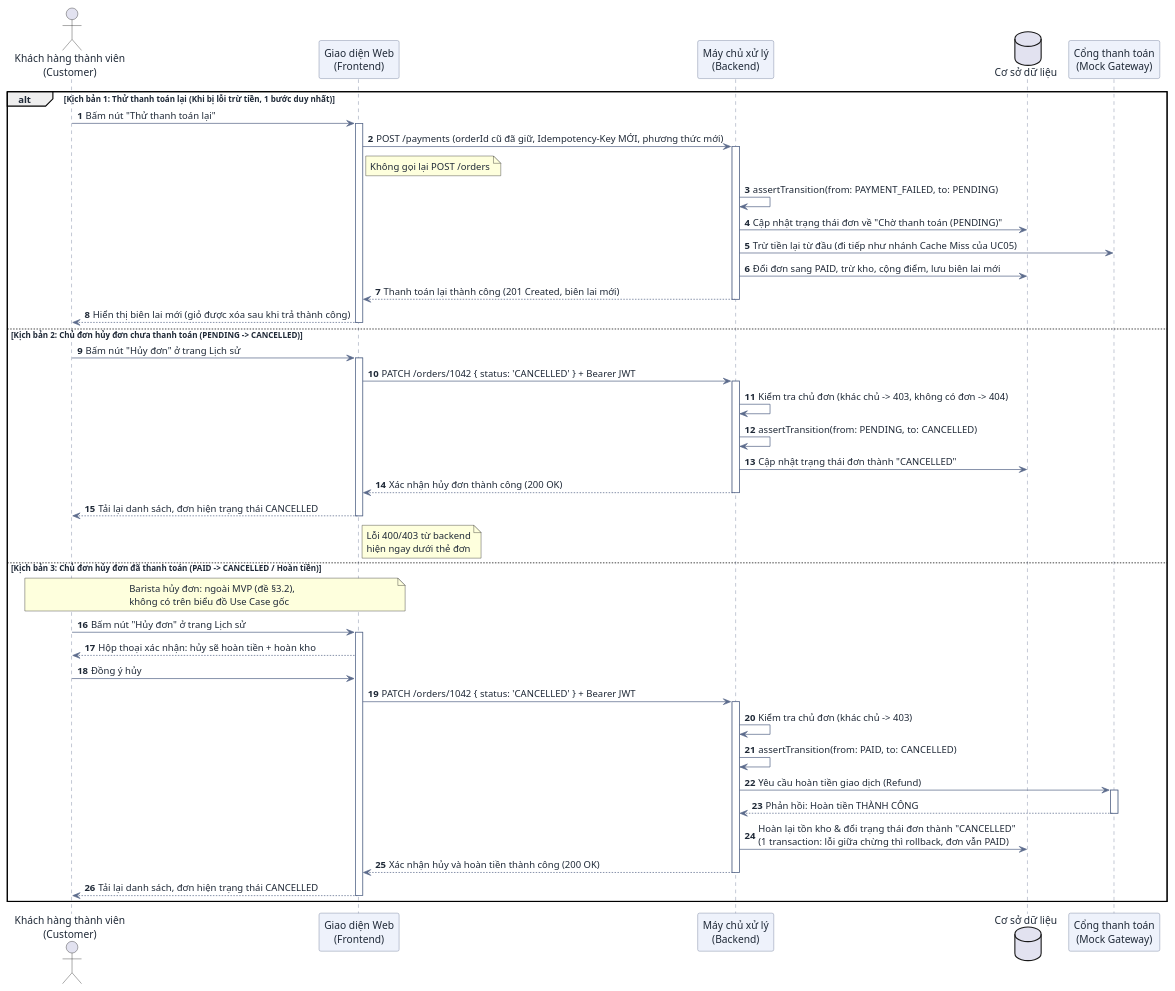
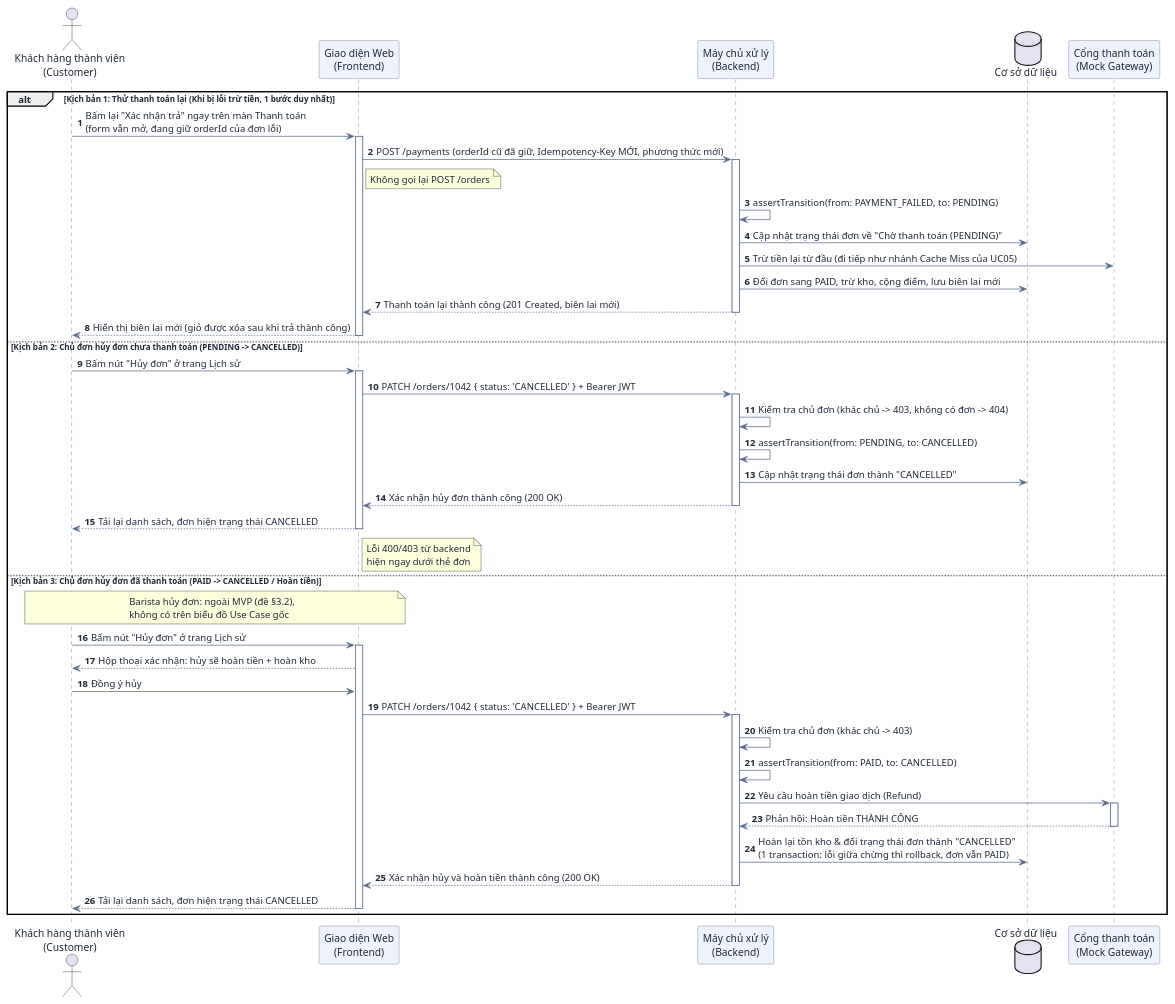
The fifth of 6 diagrams in docs/user-sequence-specifications.md (DuVinhLoi/BrewLite), drawn with PlantUML before and after one commit. The commit also changed other lines of this file and 1 other file, not shown here.

````diff
--- a/docs/user-sequence-specifications.md
+++ b/docs/user-sequence-specifications.md
@@ -456,66 +456,66 @@
 ```plantuml
 @startuml
 skinparam DefaultFontColor #1f2937
 skinparam ArrowColor #5b6b8c
 skinparam SequenceParticipantBackgroundColor #eef2fb
 skinparam SequenceParticipantBorderColor #5b6b8c
 skinparam SequenceLifeLineBorderColor #5b6b8c
 
 autonumber
 actor "Khách hàng thành viên\n(Customer)" as User
 participant "Giao diện Web\n(Frontend)" as FE
 participant "Máy chủ xử lý\n(Backend)" as BE
 database "Cơ sở dữ liệu" as DB
 participant "Cổng thanh toán\n(Mock Gateway)" as Gateway
 
 alt Kịch bản 1: Thử thanh toán lại (Khi bị lỗi trừ tiền, 1 bước duy nhất)
-    User -> FE : Bấm nút "Thử thanh toán lại"
+    User -> FE : Bấm lại "Xác nhận trả" ngay trên màn Thanh toán\n(form vẫn mở, đang giữ orderId của đơn lỗi)
     activate FE
     FE -> BE : POST /payments (orderId cũ đã giữ, Idempotency-Key MỚI, phương thức mới)
     note right of FE : Không gọi lại POST /orders
     activate BE
     BE -> BE : assertTransition(from: PAYMENT_FAILED, to: PENDING)
     BE -> DB : Cập nhật trạng thái đơn về "Chờ thanh toán (PENDING)"
     BE -> Gateway : Trừ tiền lại từ đầu (đi tiếp như nhánh Cache Miss của UC05)
     BE -> DB : Đổi đơn sang PAID, trừ kho, cộng điểm, lưu biên lai mới
     BE --> FE : Thanh toán lại thành công (201 Created, biên lai mới)
     deactivate BE
     FE --> User : Hiển thị biên lai mới (giỏ được xóa sau khi trả thành công)
     deactivate FE
 
 else Kịch bản 2: Chủ đơn hủy đơn chưa thanh toán (PENDING -> CANCELLED)
     User -> FE : Bấm nút "Hủy đơn" ở trang Lịch sử
     activate FE
     FE -> BE : PATCH /orders/1042 { status: 'CANCELLED' } + Bearer JWT
     activate BE
     BE -> BE : Kiểm tra chủ đơn (khác chủ -> 403, không có đơn -> 404)
     BE -> BE : assertTransition(from: PENDING, to: CANCELLED)
     BE -> DB : Cập nhật trạng thái đơn thành "CANCELLED"
     BE --> FE : Xác nhận hủy đơn thành công (200 OK)
     deactivate BE
     FE --> User : Tải lại danh sách, đơn hiện trạng thái CANCELLED
     note right of FE : Lỗi 400/403 từ backend\nhiện ngay dưới thẻ đơn
     deactivate FE
 
 else Kịch bản 3: Chủ đơn hủy đơn đã thanh toán (PAID -> CANCELLED / Hoàn tiền)
     note over User, FE : Barista hủy đơn: ngoài MVP (đề §3.2),\nkhông có trên biểu đồ Use Case gốc
     User -> FE : Bấm nút "Hủy đơn" ở trang Lịch sử
     activate FE
     FE --> User : Hộp thoại xác nhận: hủy sẽ hoàn tiền + hoàn kho
     User -> FE : Đồng ý hủy
     FE -> BE : PATCH /orders/1042 { status: 'CANCELLED' } + Bearer JWT
     activate BE
     BE -> BE : Kiểm tra chủ đơn (khác chủ -> 403)
     BE -> BE : assertTransition(from: PAID, to: CANCELLED)
     BE -> Gateway : Yêu cầu hoàn tiền giao dịch (Refund)
     activate Gateway
     Gateway --> BE : Phản hồi: Hoàn tiền THÀNH CÔNG
     deactivate Gateway
     BE -> DB : Hoàn lại tồn kho & đổi trạng thái đơn thành "CANCELLED"\n(1 transaction: lỗi giữa chừng thì rollback, đơn vẫn PAID)
     BE --> FE : Xác nhận hủy và hoàn tiền thành công (200 OK)
     deactivate BE
     FE --> User : Tải lại danh sách, đơn hiện trạng thái CANCELLED
     deactivate FE
 end
 @enduml
 ```
````
